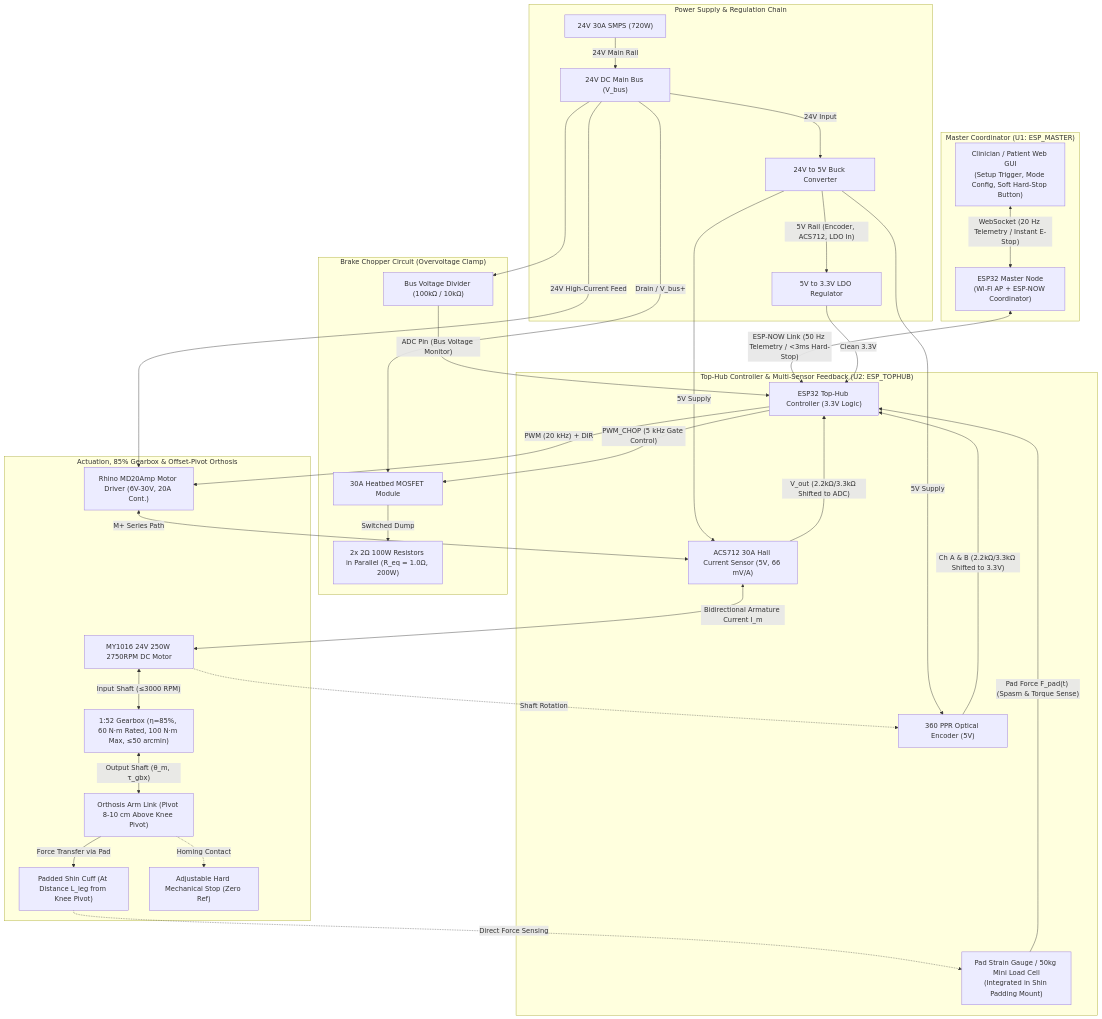
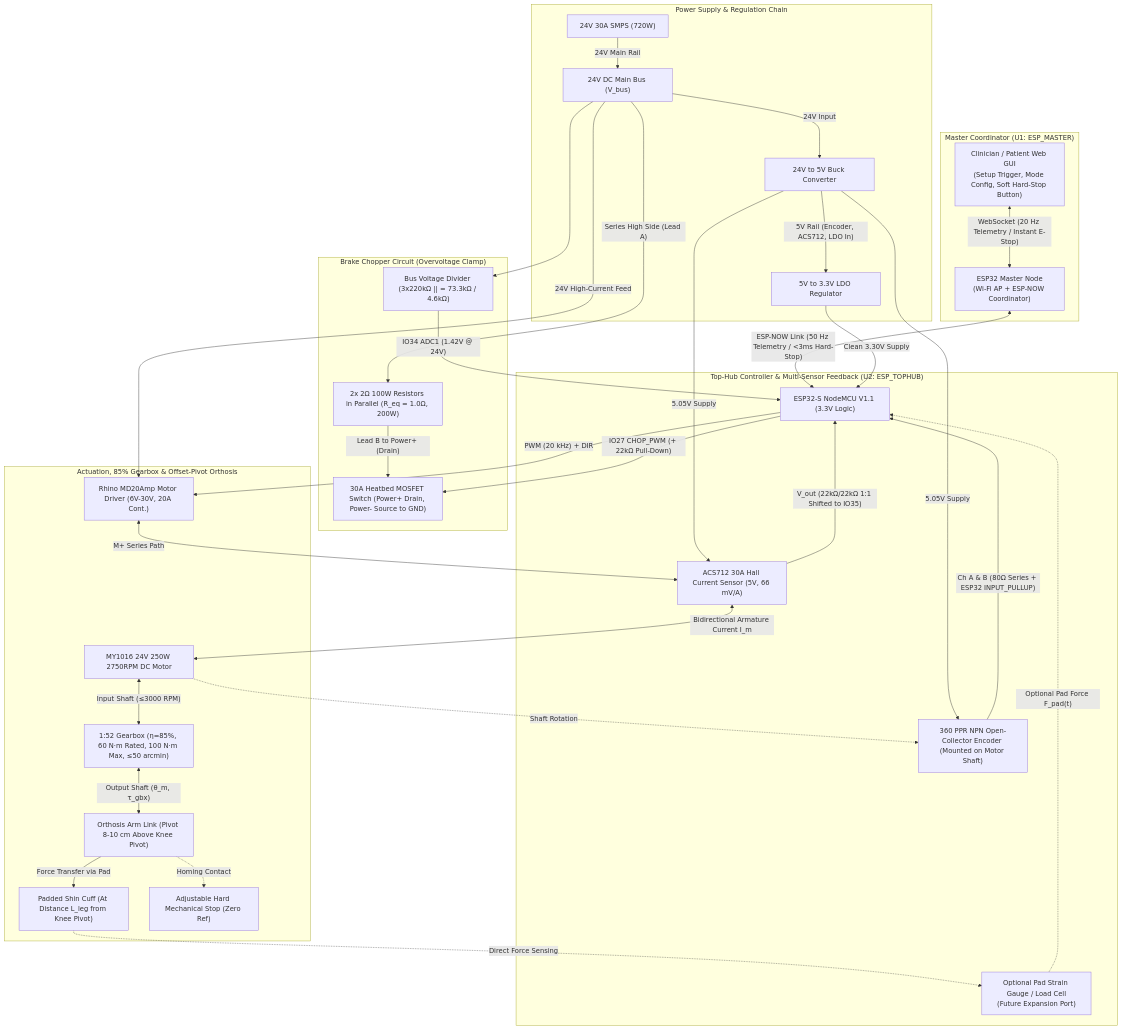
The first of 6 diagrams in README.md (Kanishk-Goel-19/DP_DULLA), drawn with Mermaid before and after one commit. The commit also changed other lines of this file and 27 other files, not shown here.

````diff
--- a/README.md
+++ b/README.md
@@ -40,62 +89,62 @@
 ```mermaid
 flowchart TD
     subgraph Master_Stage ["Master Coordinator (U1: ESP_MASTER)"]
         GUI["Clinician / Patient Web GUI\n(Setup Trigger, Mode Config, Soft Hard-Stop Button)"]
         ESPM["ESP32 Master Node\n(Wi-Fi AP + ESP-NOW Coordinator)"]
         GUI <-->|"WebSocket (20 Hz Telemetry / Instant E-Stop)"| ESPM
     end
 
     subgraph Power_Stage ["Power Supply & Regulation Chain"]
         SMPS["24V 30A SMPS (720W)"]
         BUS["24V DC Main Bus (V_bus)"]
         BUCK["24V to 5V Buck Converter"]
         LDO["5V to 3.3V LDO Regulator"]
         SMPS -->|"24V Main Rail"| BUS
         BUS -->|"24V Input"| BUCK
         BUCK -->|"5V Rail (Encoder, ACS712, LDO In)"| LDO
     end
 
     subgraph Regen_Protection ["Brake Chopper Circuit (Overvoltage Clamp)"]
-        VSENSE["Bus Voltage Divider (100kΩ / 10kΩ)"]
-        MOS["30A Heatbed MOSFET Module"]
+        VSENSE["Bus Voltage Divider (3x220kΩ || = 73.3kΩ / 4.6kΩ)"]
         RES["2x 2Ω 100W Resistors in Parallel (R_eq = 1.0Ω, 200W)"]
+        MOS["30A Heatbed MOSFET Switch (Power+ Drain, Power- Source to GND)"]
         BUS --> VSENSE
-        BUS -->|"Drain / V_bus+"| MOS
-        MOS -->|"Switched Dump"| RES
+        BUS -->|"Series High Side (Lead A)"| RES
+        RES -->|"Lead B to Power+ (Drain)"| MOS
     end
 
     subgraph Control_Stage ["Top-Hub Controller & Multi-Sensor Feedback (U2: ESP_TOPHUB)"]
-        ESP["ESP32 Top-Hub Controller (3.3V Logic)"]
-        ENC["360 PPR Optical Encoder (5V)"]
+        ESP["ESP32-S NodeMCU V1.1 (3.3V Logic)"]
+        ENC["360 PPR NPN Open-Collector Encoder (Mounted on Motor Shaft)"]
         ACS["ACS712 30A Hall Current Sensor (5V, 66 mV/A)"]
-        SG["Pad Strain Gauge / 50kg Mini Load Cell\n(Integrated in Shin Padding Mount)"]
+        SG["Optional Pad Strain Gauge / Load Cell\n(Future Expansion Port)"]
         ESPM <-->|"ESP-NOW Link (50 Hz Telemetry / <3ms Hard-Stop)"| ESP
-        LDO -->|"Clean 3.3V"| ESP
-        BUCK -->|"5V Supply"| ENC
-        BUCK -->|"5V Supply"| ACS
-        ENC -->|"Ch A & B (2.2kΩ/3.3kΩ Shifted to 3.3V)"| ESP
-        ACS -->|"V_out (2.2kΩ/3.3kΩ Shifted to ADC)"| ESP
-        SG -->|"Pad Force F_pad(t) (Spasm & Torque Sense)"| ESP
-        VSENSE -->|"ADC Pin (Bus Voltage Monitor)"| ESP
-        ESP -->|"PWM_CHOP (5 kHz Gate Control)"| MOS
+        LDO -->|"Clean 3.30V Supply"| ESP
+        BUCK -->|"5.05V Supply"| ENC
+        BUCK -->|"5.05V Supply"| ACS
+        ENC -->|"Ch A & B (80Ω Series + ESP32 INPUT_PULLUP)"| ESP
+        ACS -->|"V_out (22kΩ/22kΩ 1:1 Shifted to IO35)"| ESP
+        SG -.->|"Optional Pad Force F_pad(t)"| ESP
+        VSENSE -->|"IO34 ADC1 (1.42V @ 24V)"| ESP
+        ESP -->|"IO27 CHOP_PWM (+ 22kΩ Pull-Down)"| MOS
     end
 
     subgraph Drive_Stage ["Actuation, 85% Gearbox & Offset-Pivot Orthosis"]
         DRV["Rhino MD20Amp Motor Driver (6V-30V, 20A Cont.)"]
         MOT["MY1016 24V 250W 2750RPM DC Motor"]
         GBX["1:52 Gearbox (η=85%, 60 N·m Rated, 100 N·m Max, ≤50 arcmin)"]
         ARM["Orthosis Arm Link (Pivot 8-10 cm Above Knee Pivot)"]
         PAD["Padded Shin Cuff (At Distance L_leg from Knee Pivot)"]
         STOP["Adjustable Hard Mechanical Stop (Zero Ref)"]
         BUS -->|"24V High-Current Feed"| DRV
         ESP -->|"PWM (20 kHz) + DIR"| DRV
         DRV <-->|"M+ Series Path"| ACS
         ACS <-->|"Bidirectional Armature Current I_m"| MOT
         MOT <-->|"Input Shaft (≤3000 RPM)"| GBX
         GBX <-->|"Output Shaft (θ_m, τ_gbx)"| ARM
         ARM -->|"Force Transfer via Pad"| PAD
         PAD -.->|"Direct Force Sensing"| SG
         ARM -.->|"Homing Contact"| STOP
         MOT -.->|"Shaft Rotation"| ENC
     end
 ```
````
